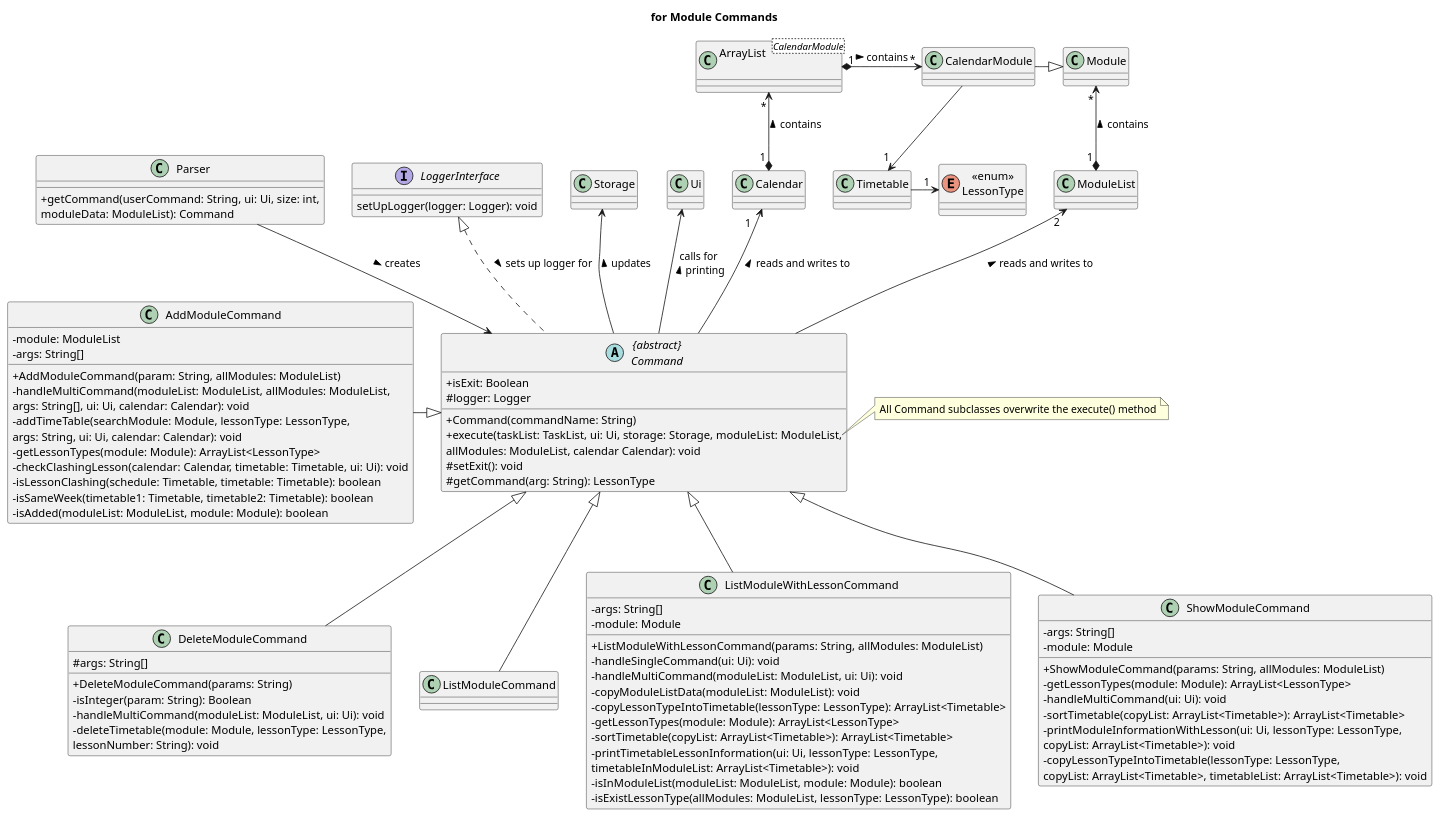
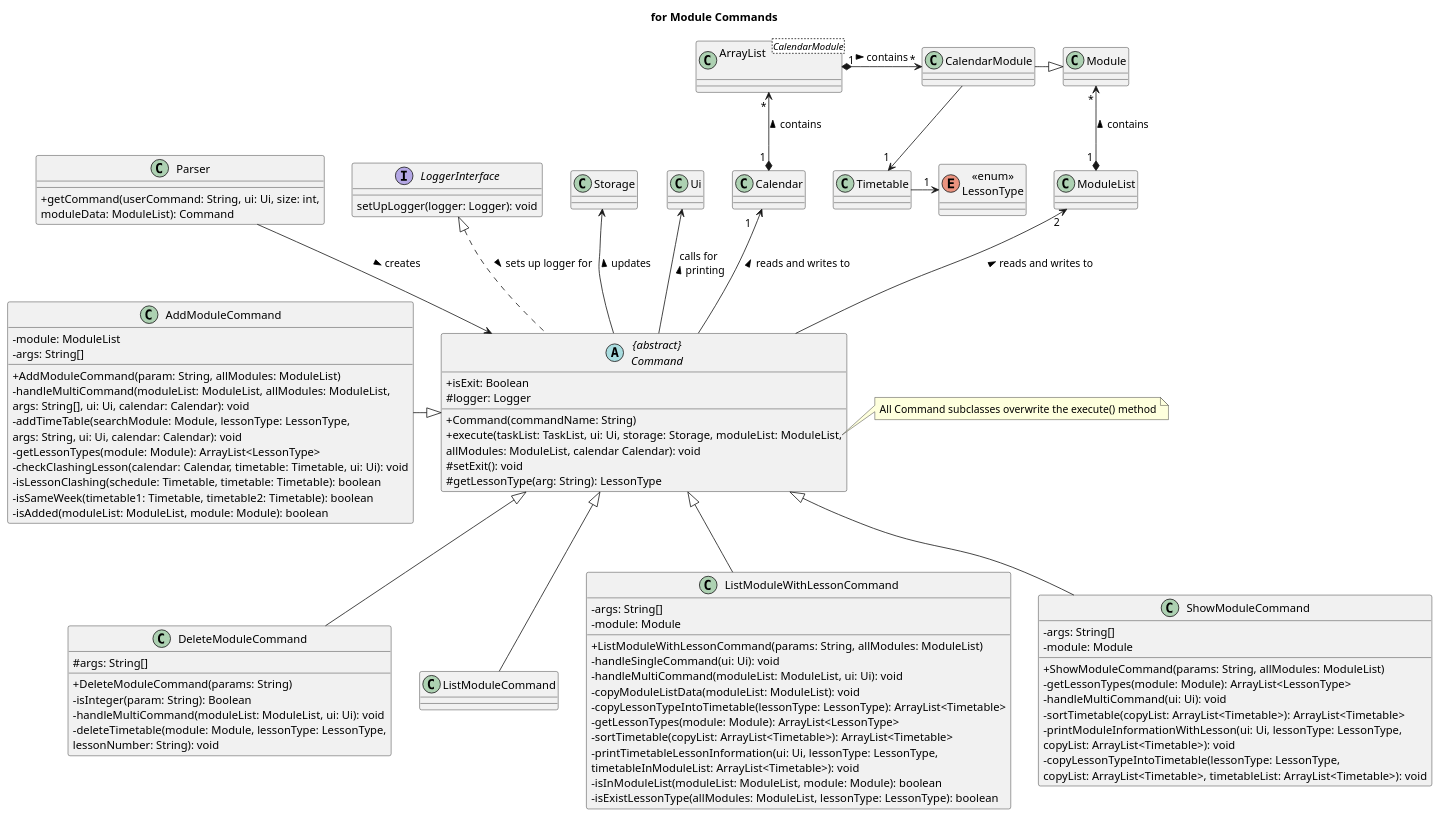
The diagram in docs/uml-source/class/Command2.puml (nus-cs2113-AY2223S2/tp), drawn with PlantUML before and after one commit. The commit also changed 1 other file, not shown here.

Commit message:
Update diagrams to reflect changes

```diff
--- a/docs/uml-source/class/Command2.puml
+++ b/docs/uml-source/class/Command2.puml
@@ -1,107 +1,107 @@
 @startuml
 'https://plantuml.com/class-diagram
 skinparam classAttributeIconSize 0
 
 title for Module Commands
 
 class Parser {
 + getCommand(userCommand: String, ui: Ui, size: int,
 moduleData: ModuleList): Command
 }
 Parser --> Command : creates >
 
 abstract class "{abstract}\nCommand" as Command {
 + isExit: Boolean
 # logger: Logger
 + Command(commandName: String)
 + execute(taskList: TaskList, ui: Ui, storage: Storage, moduleList: ModuleList,
 allModules: ModuleList, calendar Calendar): void
 # setExit(): void
-# getCommand(arg: String): LessonType
+# getLessonType(arg: String): LessonType
 }
 
 interface LoggerInterface {
 setUpLogger(logger: Logger): void
 }
 
 note right of Command::execute
     All Command subclasses overwrite the execute() method
 end note
 LoggerInterface <|.. Command : sets up logger for >
 
 class AddModuleCommand {
 - module: ModuleList
 - args: String[]
 + AddModuleCommand(param: String, allModules: ModuleList)
 - handleMultiCommand(moduleList: ModuleList, allModules: ModuleList,
 args: String[], ui: Ui, calendar: Calendar): void
 - addTimeTable(searchModule: Module, lessonType: LessonType,
 args: String, ui: Ui, calendar: Calendar): void
 - getLessonTypes(module: Module): ArrayList<LessonType>
 - checkClashingLesson(calendar: Calendar, timetable: Timetable, ui: Ui): void
 - isLessonClashing(schedule: Timetable, timetable: Timetable): boolean
 - isSameWeek(timetable1: Timetable, timetable2: Timetable): boolean
 - isAdded(moduleList: ModuleList, module: Module): boolean
 }
 AddModuleCommand -|> Command
 
 class DeleteModuleCommand{
 # args: String[]
 + DeleteModuleCommand(params: String)
 - isInteger(param: String): Boolean
 - handleMultiCommand(moduleList: ModuleList, ui: Ui): void
 - deleteTimetable(module: Module, lessonType: LessonType,
 lessonNumber: String): void
 }
 Command <|-- DeleteModuleCommand
 
 class ListModuleCommand
 Command <|-- ListModuleCommand
 
 class ListModuleWithLessonCommand {
 - args: String[]
 - module: Module
 + ListModuleWithLessonCommand(params: String, allModules: ModuleList)
 - handleSingleCommand(ui: Ui): void
 - handleMultiCommand(moduleList: ModuleList, ui: Ui): void
 - copyModuleListData(moduleList: ModuleList): void
 - copyLessonTypeIntoTimetable(lessonType: LessonType): ArrayList<Timetable>
 - getLessonTypes(module: Module): ArrayList<LessonType>
 - sortTimetable(copyList: ArrayList<Timetable>): ArrayList<Timetable>
 - printTimetableLessonInformation(ui: Ui, lessonType: LessonType,
 timetableInModuleList: ArrayList<Timetable>): void
 - isInModuleList(moduleList: ModuleList, module: Module): boolean
 - isExistLessonType(allModules: ModuleList, lessonType: LessonType): boolean
 }
 Command <|-- ListModuleWithLessonCommand
 
 class ShowModuleCommand {
 - args: String[]
 - module: Module
 + ShowModuleCommand(params: String, allModules: ModuleList)
 - getLessonTypes(module: Module): ArrayList<LessonType>
 - handleMultiCommand(ui: Ui): void
 - sortTimetable(copyList: ArrayList<Timetable>): ArrayList<Timetable>
 - printModuleInformationWithLesson(ui: Ui, lessonType: LessonType,
 copyList: ArrayList<Timetable>): void
 - copyLessonTypeIntoTimetable(lessonType: LessonType,
 copyList: ArrayList<Timetable>, timetableList: ArrayList<Timetable>): void
 }
 Command <|-- ShowModuleCommand
 Storage <-- Command : updates <
 Ui <-- Command : calls for \nprinting <
 
 Calendar "1   " <-- Command : reads and writes to <
 class "ArrayList\n<CalendarModule>" as ALModules
 ALModules "         *" <--* "1 " Calendar : contains <
 ALModules "1" *-> "*" CalendarModule : contains >
 
 ModuleList "2" <-- Command : reads and writes to <
 Module "     *" <--* "1 " ModuleList : contains <
 
 enum "<<enum>>\nLessonType" as LessonType
 CalendarModule -|> Module
 CalendarModule --> "1 " Timetable
 Timetable -> "1 " LessonType
 
 @enduml
```
